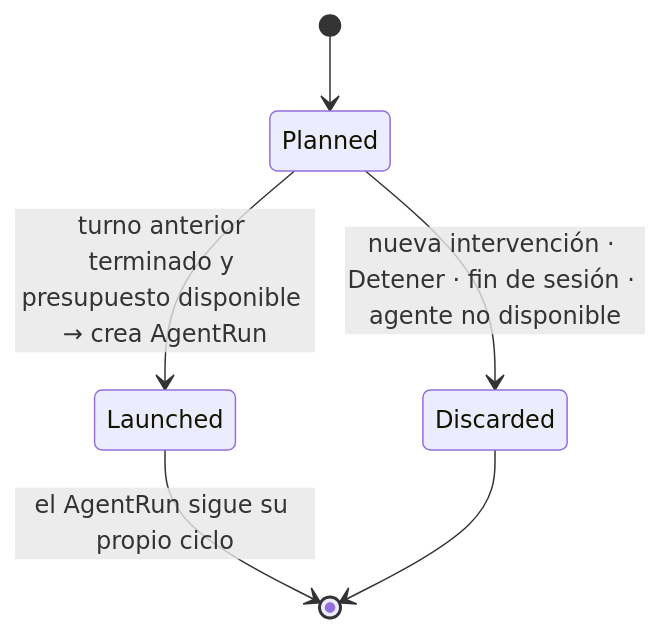
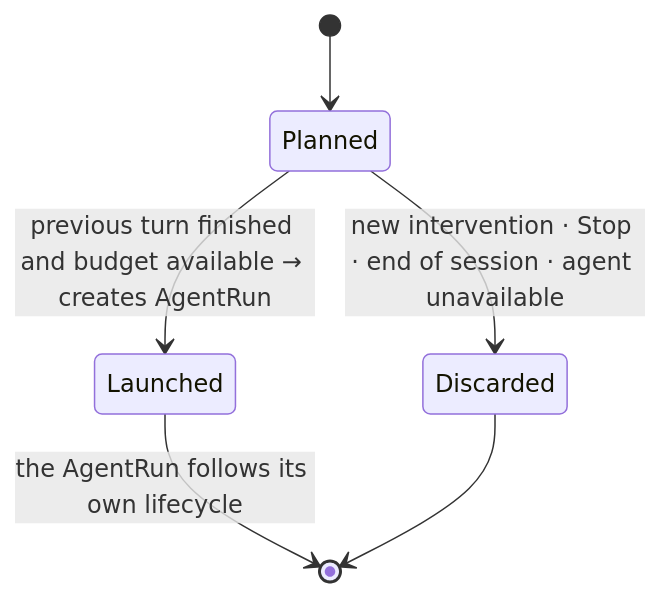
The third of 8 diagrams in docs/architecture/conversation-engine.md (Dach3r/meelting), drawn with Mermaid before and after one commit. The commit also changed other lines of this file, not shown here.

````diff
--- a/docs/architecture/conversation-engine.md
+++ b/docs/architecture/conversation-engine.md
@@ -211,8 +211,8 @@
 ```mermaid
 stateDiagram-v2
     [*] --> Planned
-    Planned --> Launched: turno anterior terminado y presupuesto disponible → crea AgentRun
-    Planned --> Discarded: nueva intervención · Detener · fin de sesión · agente no disponible
-    Launched --> [*]: el AgentRun sigue su propio ciclo
+    Planned --> Launched: previous turn finished and budget available → creates AgentRun
+    Planned --> Discarded: new intervention · Stop · end of session · agent unavailable
+    Launched --> [*]: the AgentRun follows its own lifecycle
     Discarded --> [*]
 ```
````
